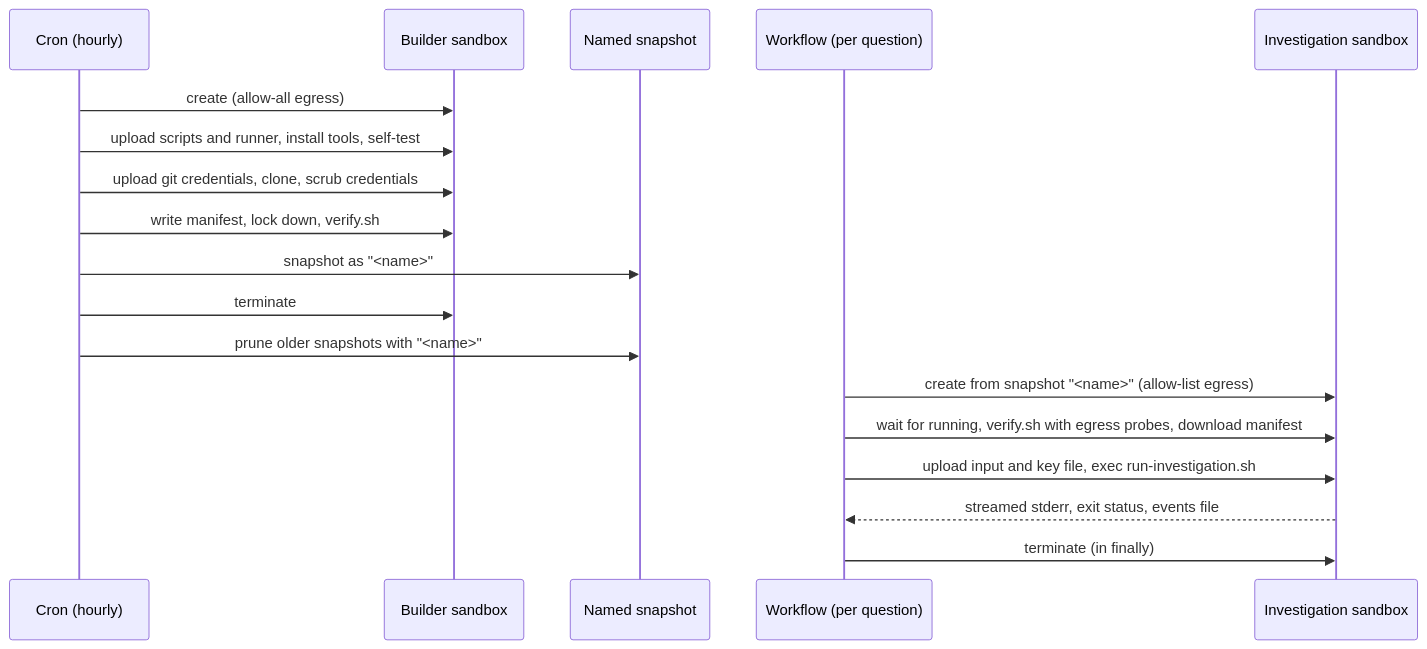
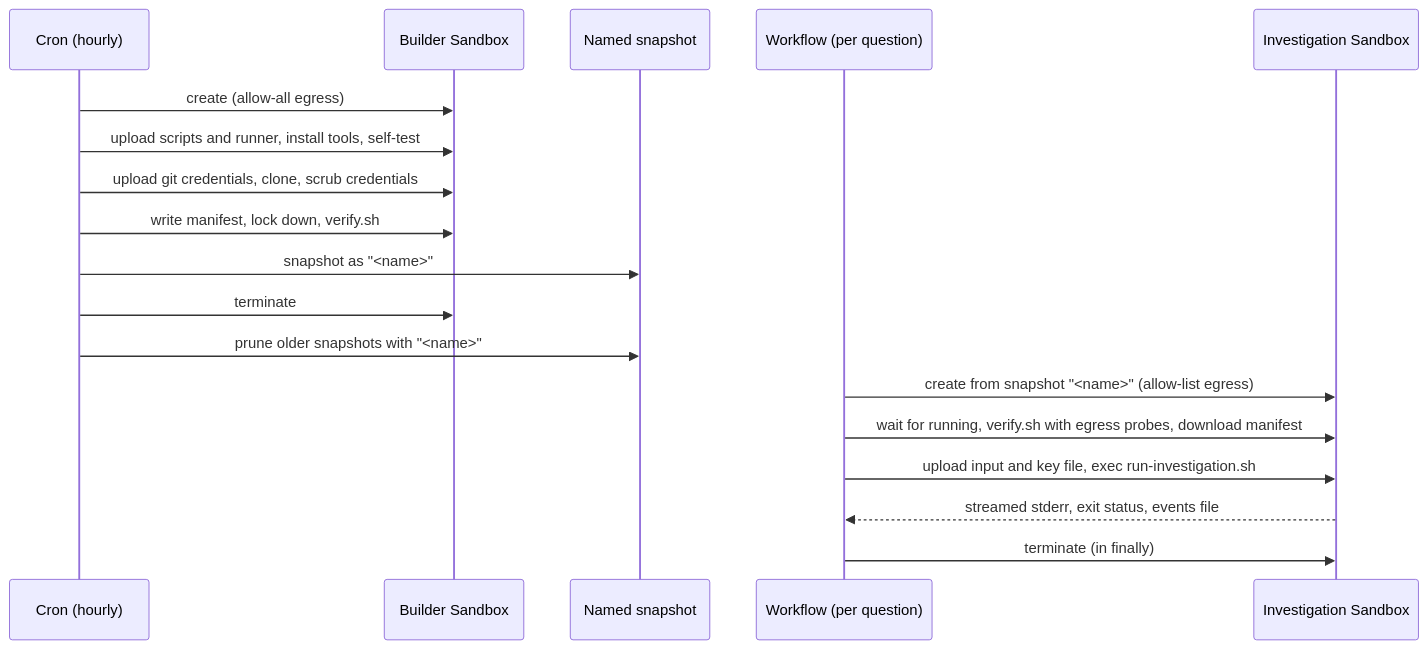
Before and after one commit to Ho1yShif/codebase-researcher: the second of 2 diagrams in docs/WALKTHROUGH.md, drawn with Mermaid. The commit also changed other lines of this file and 6 other files, not shown here.

````diff
--- a/docs/WALKTHROUGH.md
+++ b/docs/WALKTHROUGH.md
@@ -474,21 +463,21 @@
 ```mermaid
 sequenceDiagram
   participant Cron as Cron (hourly)
-  participant Builder as Builder sandbox
+  participant Builder as Builder Sandbox
   participant Snap as Named snapshot
   participant WF as Workflow (per question)
-  participant Sbx as Investigation sandbox
+  participant Sbx as Investigation Sandbox
 
   Cron->>Builder: create (allow-all egress)
   Cron->>Builder: upload scripts and runner, install tools, self-test
   Cron->>Builder: upload git credentials, clone, scrub credentials
   Cron->>Builder: write manifest, lock down, verify.sh
   Cron->>Snap: snapshot as "<name>"
   Cron->>Builder: terminate
   Cron->>Snap: prune older snapshots with "<name>"
   WF->>Sbx: create from snapshot "<name>" (allow-list egress)
   WF->>Sbx: wait for running, verify.sh with egress probes, download manifest
   WF->>Sbx: upload input and key file, exec run-investigation.sh
   Sbx-->>WF: streamed stderr, exit status, events file
   WF->>Sbx: terminate (in finally)
 ```
````
